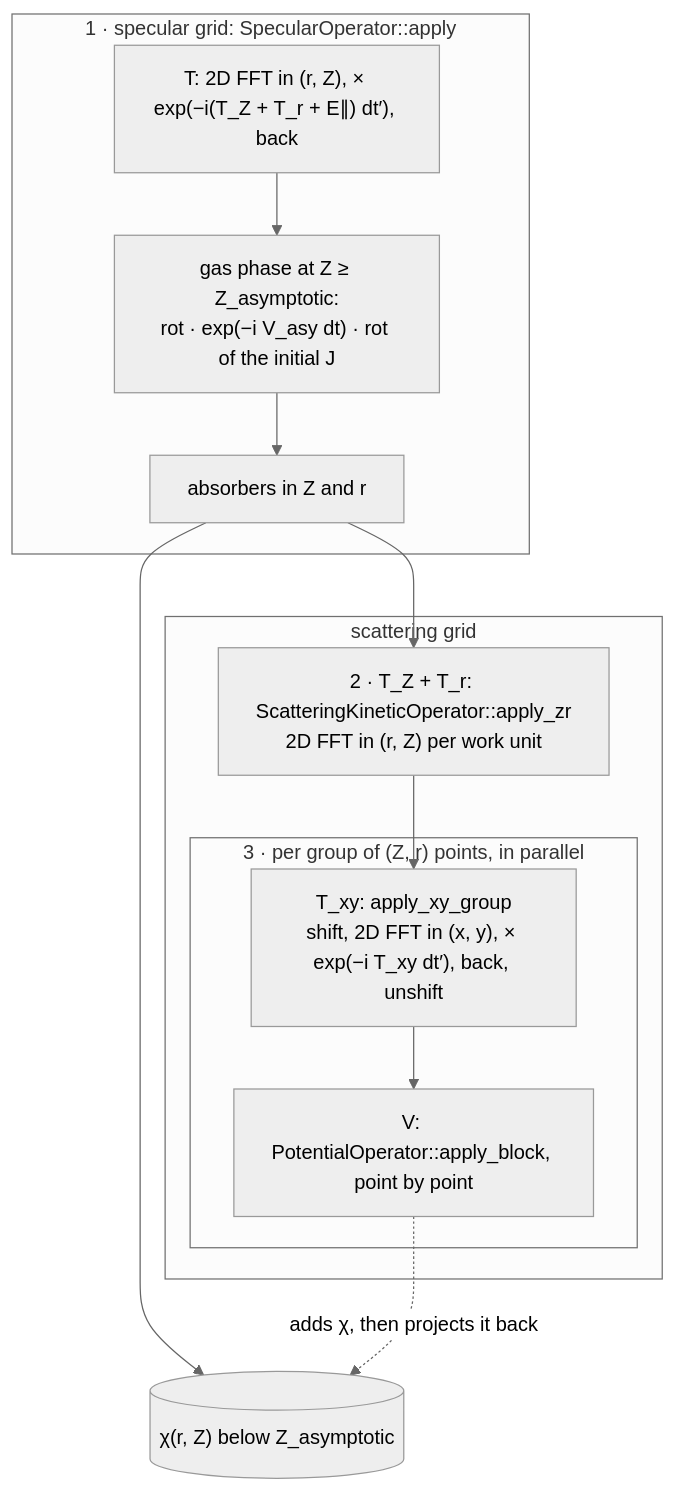
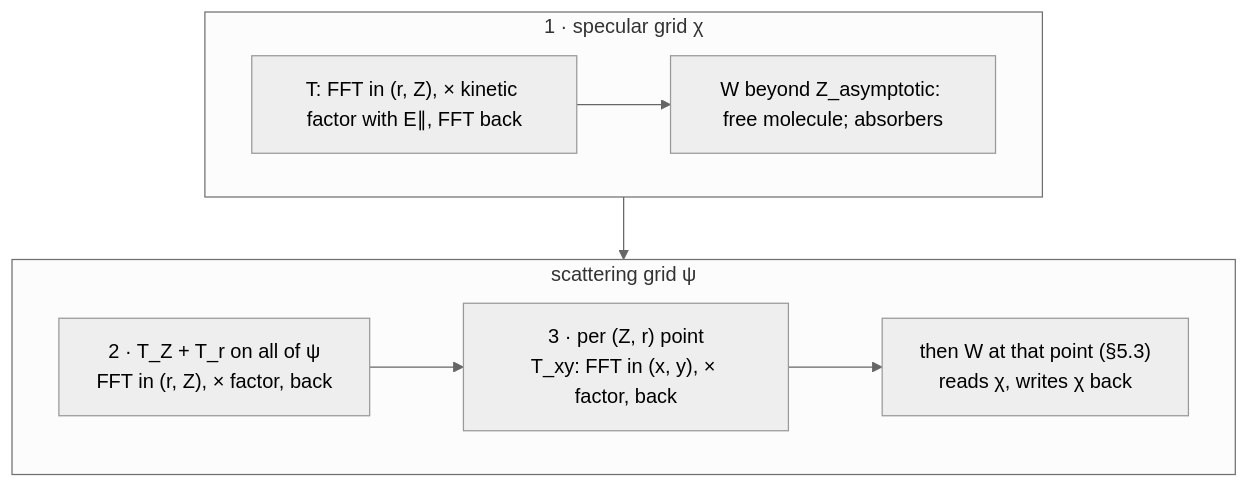
The fourth of 6 diagrams in src/propagation/README.md (ewfsmeets/Cpp-SPO-DVR), drawn with Mermaid (neutral theme) before and after one commit. The commit also changed other lines of this file, not shown here.

````diff
--- a/src/propagation/README.md
+++ b/src/propagation/README.md
@@ -226,22 +274,15 @@
 ```mermaid
 flowchart TB
-    subgraph spec["1 · specular grid: SpecularOperator::apply"]
-        s1["T: 2D FFT in (r, Z), × exp(−i(T_Z + T_r + E∥) dt′), back"]
-        s2["gas phase at Z ≥ Z_asymptotic:<br/>rot · exp(−i V_asy dt) · rot of the initial J"]
-        s3["absorbers in Z and r"]
-        s1 --> s2 --> s3
+    subgraph SPEC["1 · specular grid χ"]
+        S1["T: FFT in (r, Z), × kinetic factor with E∥, FFT back"]
+        S2["W beyond Z_asymptotic: free molecule; absorbers"]
+        S1 --> S2
     end
-    subgraph scat["scattering grid"]
-        k1["2 · T_Z + T_r: ScatteringKineticOperator::apply_zr<br/>2D FFT in (r, Z) per work unit"]
-        subgraph grp["3 · per group of (Z, r) points, in parallel"]
-            k2["T_xy: apply_xy_group<br/>shift, 2D FFT in (x, y), × exp(−i T_xy dt′), back, unshift"]
-            v["V: PotentialOperator::apply_block, point by point"]
-            k2 --> v
-        end
-        k1 --> k2
+    subgraph SCAT["scattering grid ψ"]
+        K1["2 · T_Z + T_r on all of ψ<br/>FFT in (r, Z), × factor, back"]
+        K2["3 · per (Z, r) point<br/>T_xy: FFT in (x, y), × factor, back"]
+        POT["then W at that point (§5.3)<br/>reads χ, writes χ back"]
+        K1 --> K2 --> POT
     end
-    chi[("χ(r, Z) below Z_asymptotic")]
-    s3 --> k1
-    s3 --> chi
-    v -.->|"adds χ, then projects it back"| chi
+    SPEC --> SCAT
 ```
````
